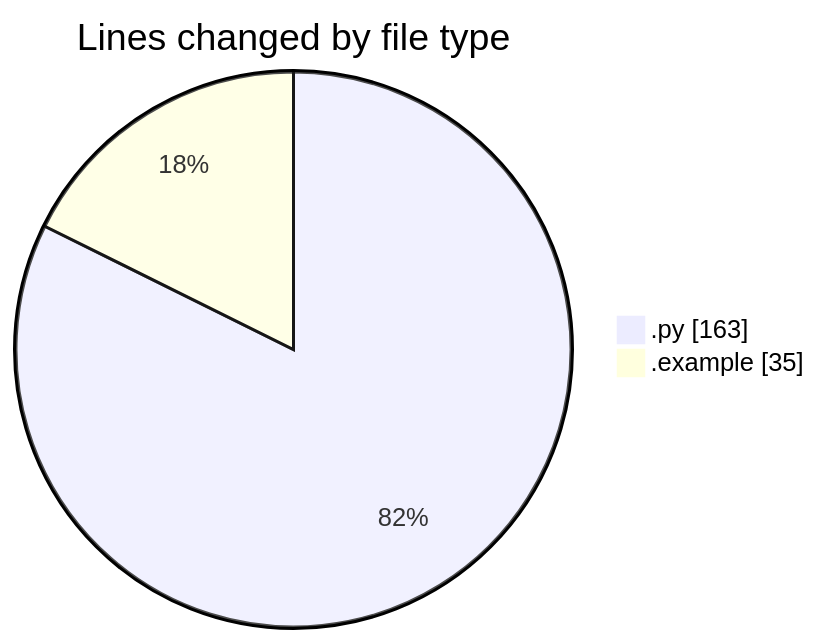
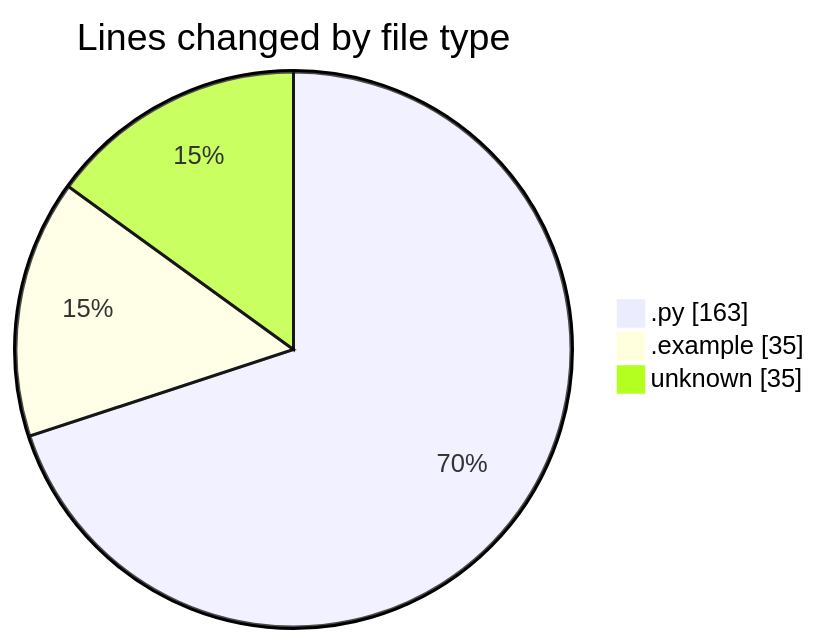
Before and after one commit to donsfak/code-tracking: the first of 2 diagrams in 2026-10-01/kouma_backend/README.md, drawn with Mermaid. The commit also changed other lines of this file and 1 other file, not shown here.

````diff
--- a/2026-10-01/kouma_backend/README.md
+++ b/2026-10-01/kouma_backend/README.md
@@ -21,6 +22,7 @@
 ```mermaid
 pie showData
 title Lines changed by file type
 ".py" : 163
 ".example" : 35
+"unknown" : 35
 ```
````
